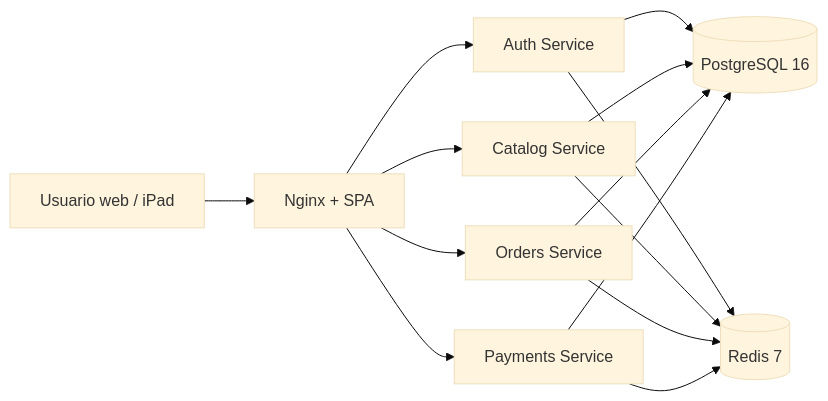
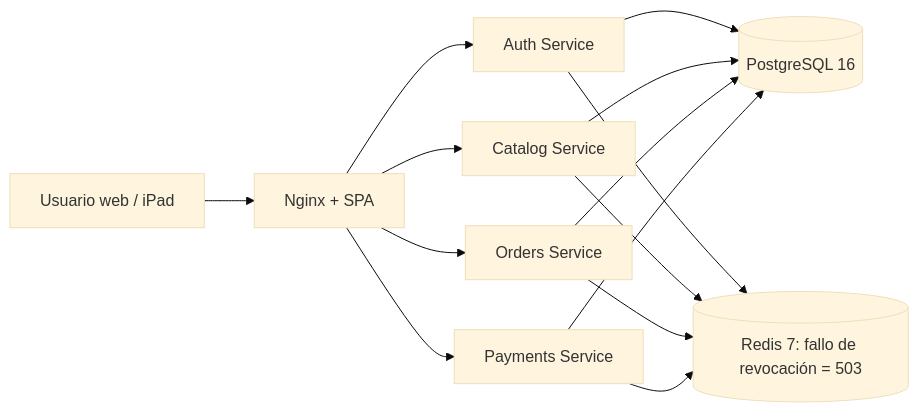
Before and after one commit to julianhg21/gestor-clinica: the diagram in docs/ARCHITECTURE.md, drawn with Mermaid (base theme). The commit also changed other lines of this file and 80 other files, not shown here.

````diff
--- a/docs/ARCHITECTURE.md
+++ b/docs/ARCHITECTURE.md
@@ -3,16 +3,16 @@
 ```mermaid
 flowchart LR
   U[Usuario web / iPad] --> W[Nginx + SPA]
   W --> A[Auth Service]
   W --> C[Catalog Service]
   W --> O[Orders Service]
   W --> P[Payments Service]
   A --> DB[(PostgreSQL 16)]
   C --> DB
   O --> DB
   P --> DB
-  A --> R[(Redis 7)]
+  A --> R[(Redis 7: fallo de revocación = 503)]
   C --> R
   O --> R
   P --> R
 ```
````
